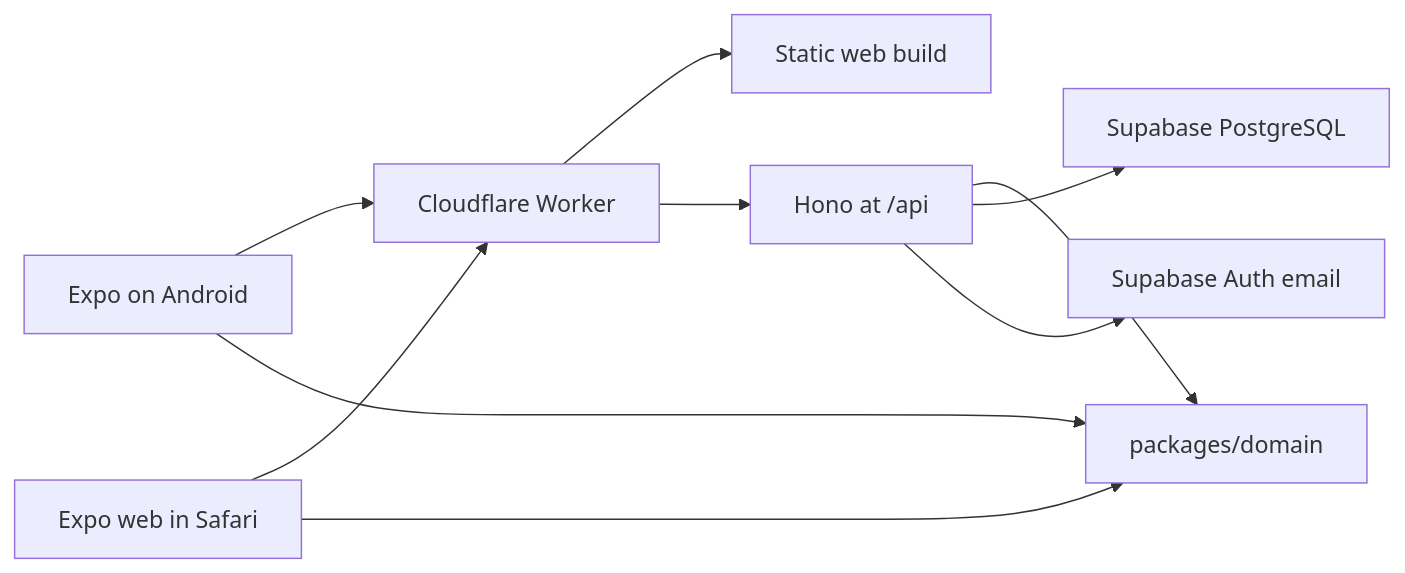
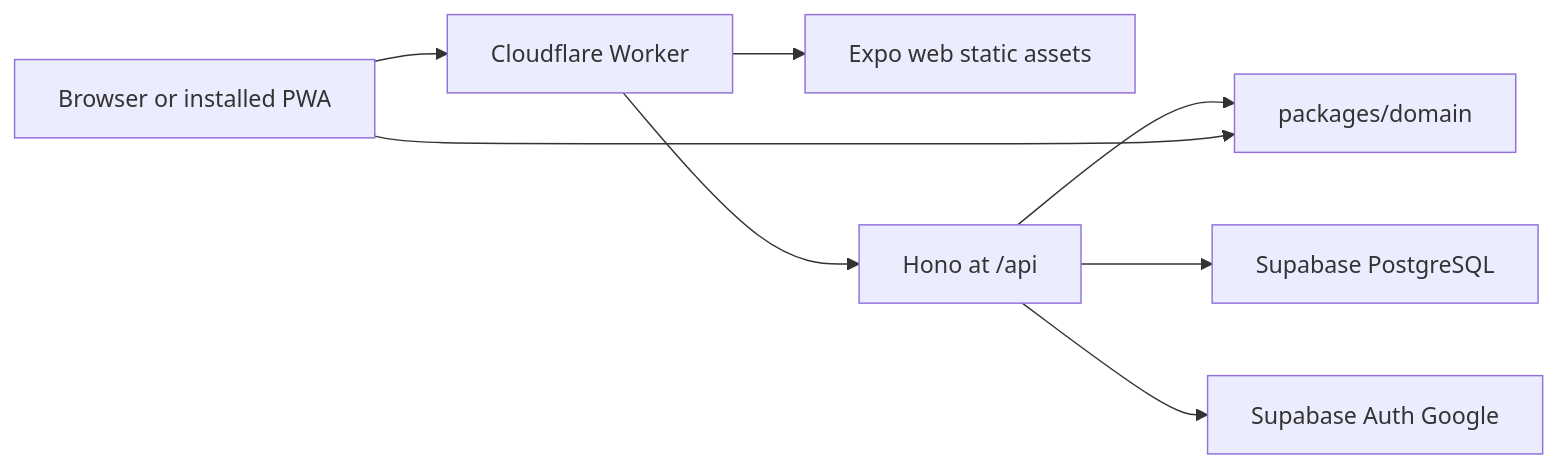
The diagram in docs/architecture.md (DeveloperGarage/spendwise), drawn with Mermaid before and after one commit. The commit also changed other lines of this file and 9 other files, not shown here.

Commit message:
[ #5 ] [ Anil ] | Finalised the build and deploy plan to use PWA only for the initial phase

````diff
--- a/docs/architecture.md
+++ b/docs/architecture.md
@@ -11,12 +11,10 @@
 ```mermaid
 flowchart LR
-  phone["Expo on Android"] --> worker["Cloudflare Worker"]
-  safari["Expo web in Safari"] --> worker
-  worker --> spa["Static web build"]
+  browser["Browser or installed PWA"] --> worker["Cloudflare Worker"]
+  worker --> spa["Expo web static assets"]
   worker --> api["Hono at /api"]
   api --> domain["packages/domain"]
-  phone --> domain
-  safari --> domain
+  browser --> domain
   api --> db["Supabase PostgreSQL"]
-  api --> auth["Supabase Auth email"]
+  api --> auth["Supabase Auth Google"]
 ```
````
